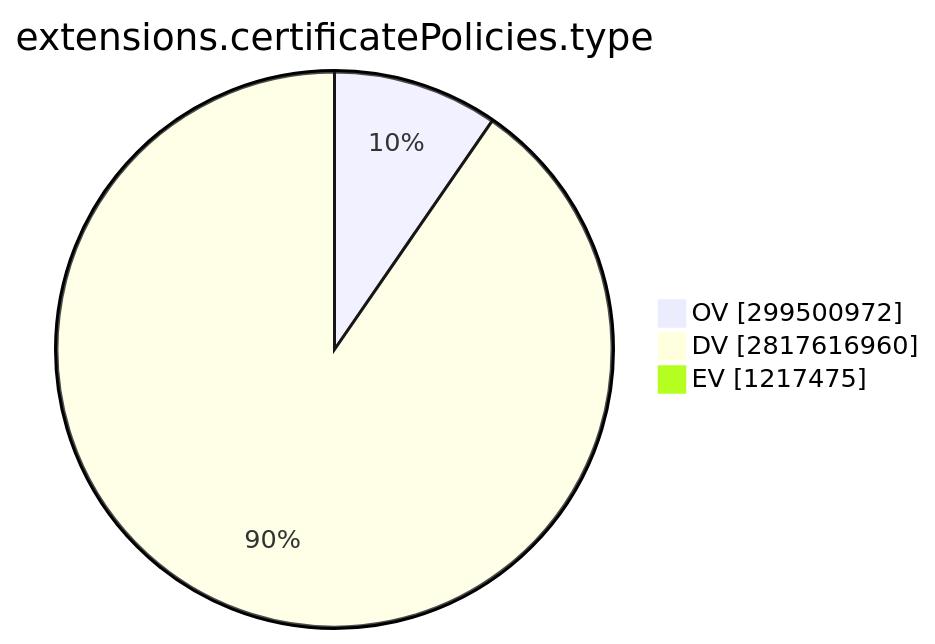
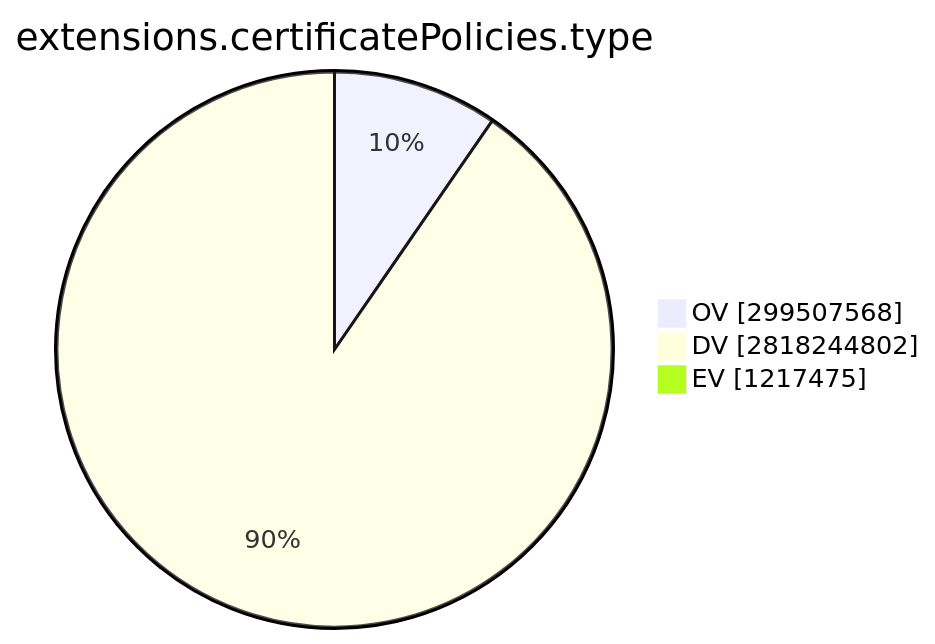
The ninth of 15 diagrams in TOTAL/README.md (christiankrug/ctmonitor_visualization), drawn with Mermaid before and after one commit. The commit also changed other lines of this file, not shown here.

````diff
--- a/TOTAL/README.md
+++ b/TOTAL/README.md
@@ -3101,7 +3101,7 @@
 ```mermaid
 pie showData
 title extensions.certificatePolicies.type
-"OV" :299500972
-"DV" :2817616960
+"OV" :299507568
+"DV" :2818244802
 "EV" :1217475
 ```
````
